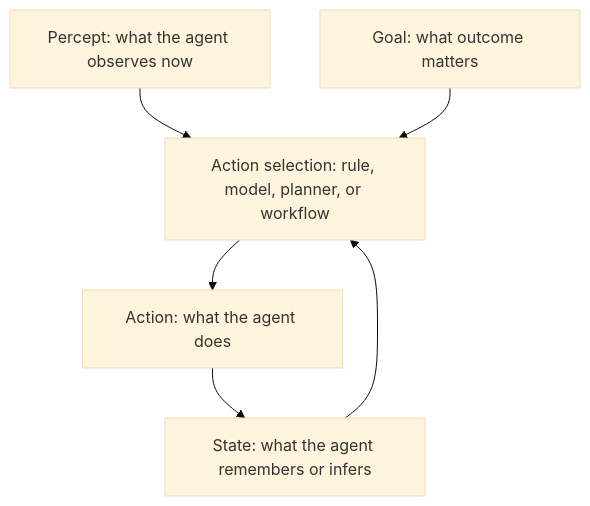
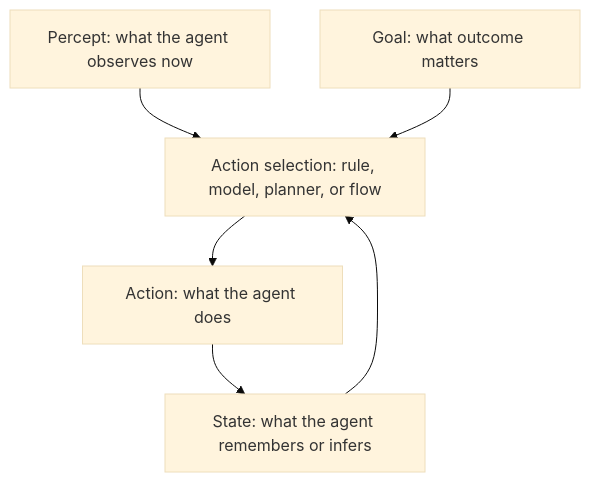
Before and after one commit to naren-allam/agents-beginners: the third of 12 diagrams in book/chapters/chapter-01-understanding-agents-the-core-concept.md, drawn with Mermaid (base theme). The commit also changed other lines of this file and 28 other files, not shown here.

````diff
--- a/book/chapters/chapter-01-understanding-agents-the-core-concept.md
+++ b/book/chapters/chapter-01-understanding-agents-the-core-concept.md
@@ -71,14 +76,14 @@
 ```mermaid
 flowchart TD
     Percept["Percept: what the agent observes now"]
     State["State: what the agent remembers or infers"]
     Goal["Goal: what outcome matters"]
-    Policy["Action selection: rule, model, planner, or workflow"]
+    Policy["Action selection: rule, model, planner, or flow"]
     Action["Action: what the agent does"]
 
     Percept --> Policy
     State --> Policy
     Goal --> Policy
     Policy --> Action
     Action --> State
 ```
````
